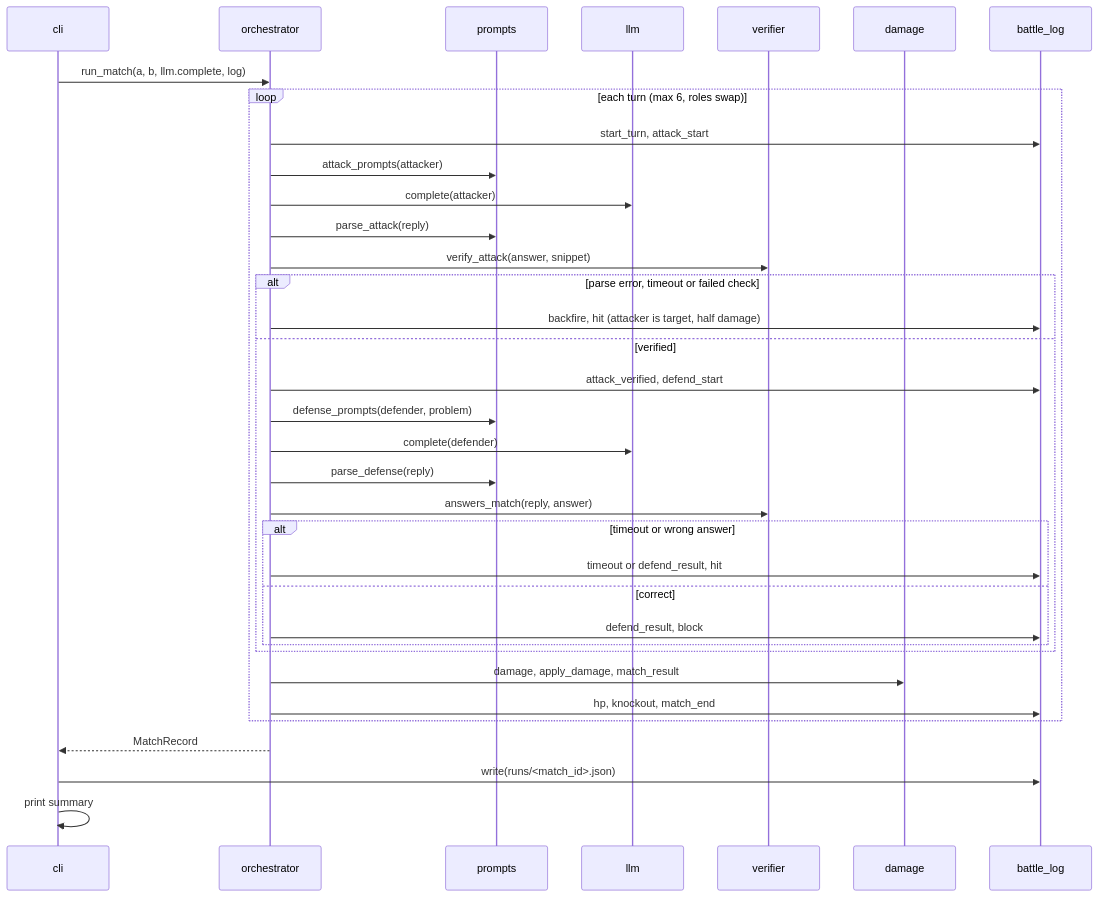
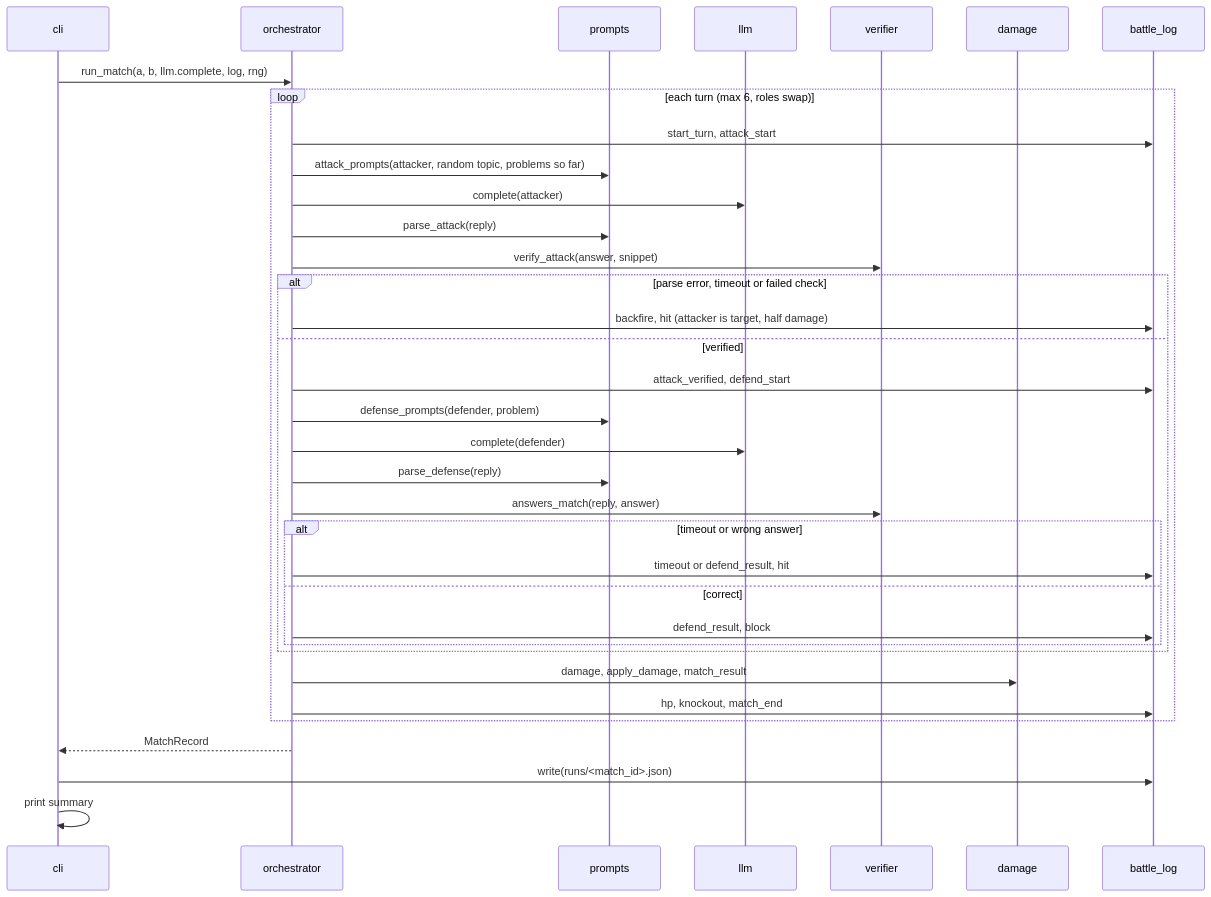
Before and after one commit to aum2606/agent-arena: the diagram in docs/FLOW.md, drawn with Mermaid. The commit also changed 8 other files, not shown here.

Commit message:
feat(prompts): give attackers a random topic and the problems already posed

````diff
--- a/docs/FLOW.md
+++ b/docs/FLOW.md
@@ -3,38 +3,38 @@
 ```mermaid
 sequenceDiagram
     participant C as cli
     participant O as orchestrator
     participant P as prompts
     participant L as llm
     participant V as verifier
     participant D as damage
     participant G as battle_log
 
-    C->>O: run_match(a, b, llm.complete, log)
+    C->>O: run_match(a, b, llm.complete, log, rng)
     loop each turn (max 6, roles swap)
         O->>G: start_turn, attack_start
-        O->>P: attack_prompts(attacker)
+        O->>P: attack_prompts(attacker, random topic, problems so far)
         O->>L: complete(attacker)
         O->>P: parse_attack(reply)
         O->>V: verify_attack(answer, snippet)
         alt parse error, timeout or failed check
             O->>G: backfire, hit (attacker is target, half damage)
         else verified
             O->>G: attack_verified, defend_start
             O->>P: defense_prompts(defender, problem)
             O->>L: complete(defender)
             O->>P: parse_defense(reply)
             O->>V: answers_match(reply, answer)
             alt timeout or wrong answer
                 O->>G: timeout or defend_result, hit
             else correct
                 O->>G: defend_result, block
             end
         end
         O->>D: damage, apply_damage, match_result
         O->>G: hp, knockout, match_end
     end
     O-->>C: MatchRecord
     C->>G: write(runs/<match_id>.json)
     C->>C: print summary
 ```
````
